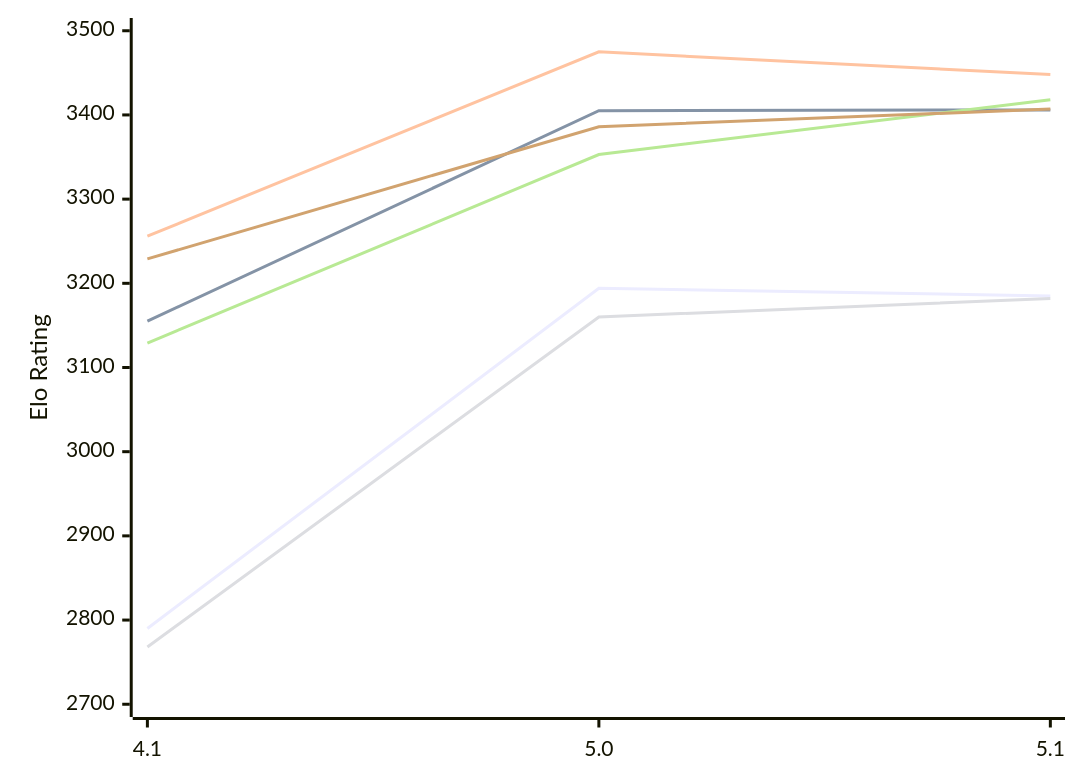
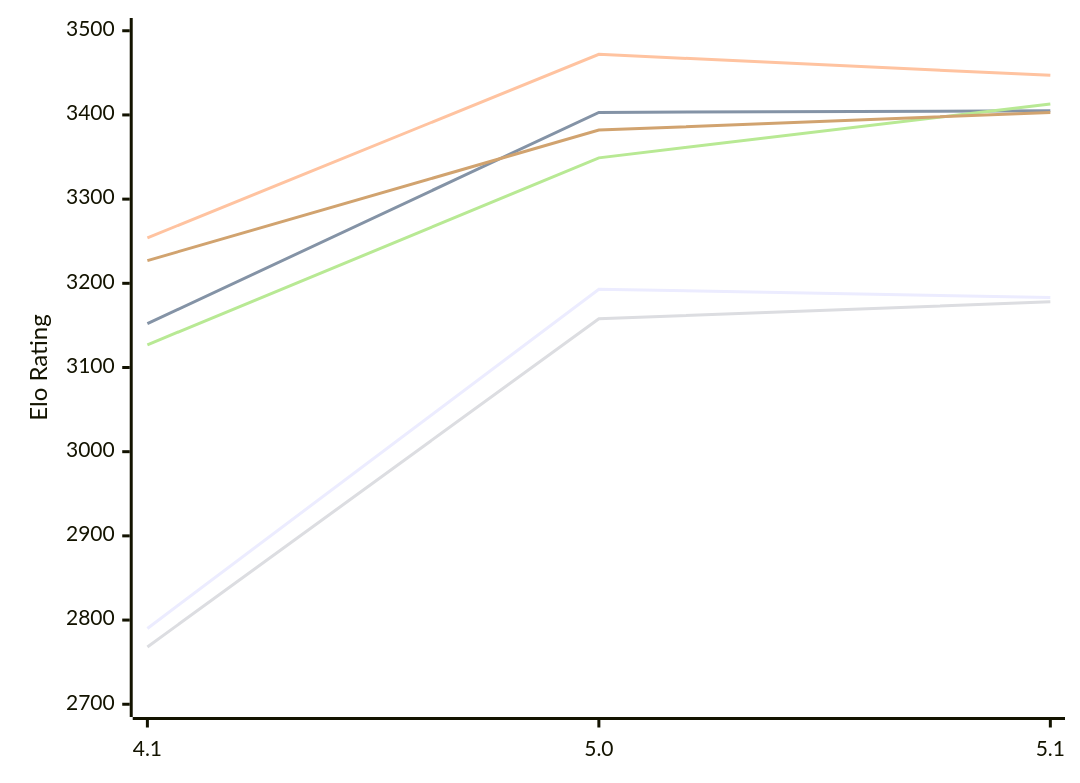
Before and after one commit to computer-chess-index/cci: the diagram in engines/NarcNext.md, drawn with Mermaid. The commit also changed other lines of this file, not shown here.

Commit message:
Update CCI Ratings (ELO VLTC) - 2026-11-19

````diff
--- a/engines/NarcNext.md
+++ b/engines/NarcNext.md
@@ -51,12 +51,12 @@
 ```mermaid
 %%{init: {"theme":"base","themeVariables":{"seriesColors:['#a3a3a3','#222221','#faa371']}}}%%
 xychart-beta
   x-axis ["4.1", "5.0", "5.1"]
   y-axis "Elo Rating" 2700 --> 3500
-  line "E1: STC (8.0+0.08s)" [2790, 3194, 3185]
-  line "E1: LTC (60.0+0.60s)" [3155, 3405, 3406]
-  line "E1: VLTC (2m24s+1.12s)" [3256, 3475, 3448]
-  line "P1: STC (8.0+0.08s)" [2768, 3160, 3182]
-  line "P1: LTC (60.0+0.60s)" [3129, 3353, 3418]
-  line "P1: VLTC (2m24s+1.12s)" [3229, 3386, 3407]
+  line "E1: STC (8.0+0.08s)" [2790, 3193, 3183]
+  line "E1: LTC (60.0+0.60s)" [3152, 3403, 3405]
+  line "E1: VLTC (2m24s+1.12s)" [3254, 3472, 3447]
+  line "P1: STC (8.0+0.08s)" [2768, 3158, 3178]
+  line "P1: LTC (60.0+0.60s)" [3127, 3349, 3413]
+  line "P1: VLTC (2m24s+1.12s)" [3227, 3382, 3403]
 ```
````
